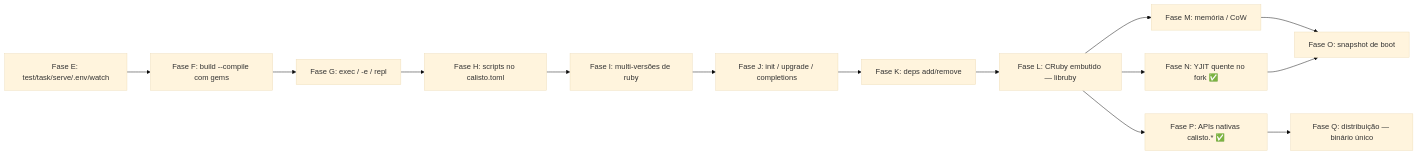
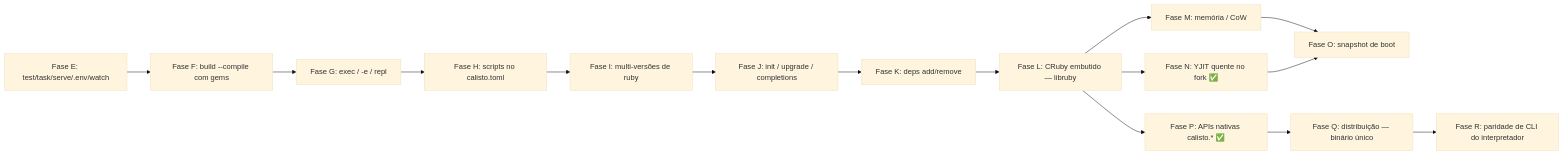
The diagram in ROADMAP.md (felipebrgs1/ruby-rust), drawn with Mermaid (base theme) before and after one commit. The commit also changed other lines of this file and 1 other file, not shown here.

First line of the commit message:
roadmap: cobertura vs ruby (levantamento) + proximo ciclo comeca pela runtime (O/Q) e fecha com R (paridade de CLI)

````diff
--- a/ROADMAP.md
+++ b/ROADMAP.md
@@ -9,16 +9,17 @@
 ```mermaid
 graph LR
     E[Fase E: test/task/serve/.env/watch] --> F[Fase F: build --compile com gems]
     F --> G[Fase G: exec / -e / repl]
     G --> H[Fase H: scripts no calisto.toml]
     H --> I[Fase I: multi-versões de ruby]
     I --> J[Fase J: init / upgrade / completions]
     J --> K[Fase K: deps add/remove]
     K --> L[Fase L: CRuby embutido — libruby]
     L --> M[Fase M: memória / CoW]
     L --> N[Fase N: YJIT quente no fork ✅]
     L --> P[Fase P: APIs nativas calisto.* ✅]
     M --> O[Fase O: snapshot de boot]
     N --> O
     P --> Q[Fase Q: distribuição — binário único]
+    Q --> R[Fase R: paridade de CLI do interpretador]
 ```
````
